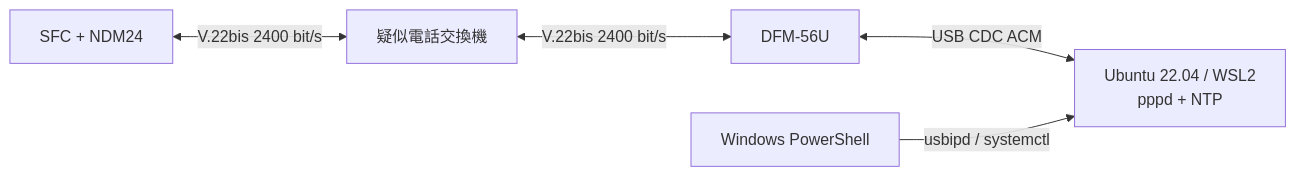
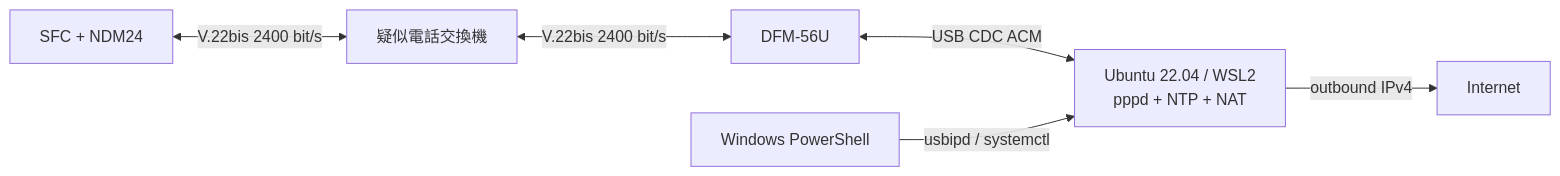
Before and after one commit to mucho613/snes-modem-control: the diagram in docs/ppp-server.md, drawn with Mermaid. The commit also changed other lines of this file and 6 other files, not shown here.

````diff
--- a/docs/ppp-server.md
+++ b/docs/ppp-server.md
@@ -11,7 +11,8 @@
 ```mermaid
 flowchart LR
     S["SFC + NDM24"] <-->|"V.22bis 2400 bit/s"| X["疑似電話交換機"]
     X <-->|"V.22bis 2400 bit/s"| D["DFM-56U"]
-    D <-->|"USB CDC ACM"| W["Ubuntu 22.04 / WSL2<br/>pppd + NTP"]
+    D <-->|"USB CDC ACM"| W["Ubuntu 22.04 / WSL2<br/>pppd + NTP + NAT"]
     P["Windows PowerShell"] -->|"usbipd / systemctl"| W
+    W -->|"outbound IPv4"| I["Internet"]
 ```
````
